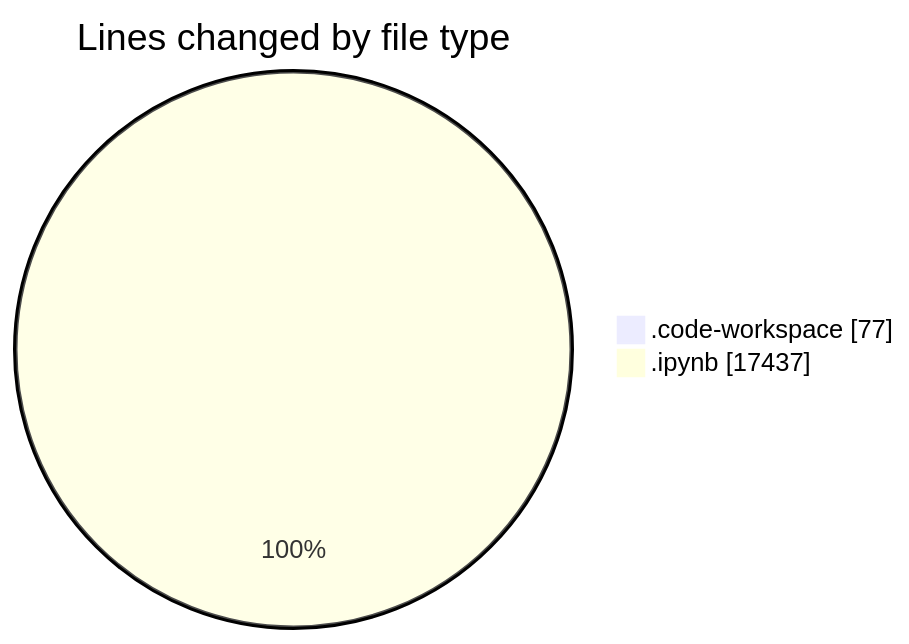
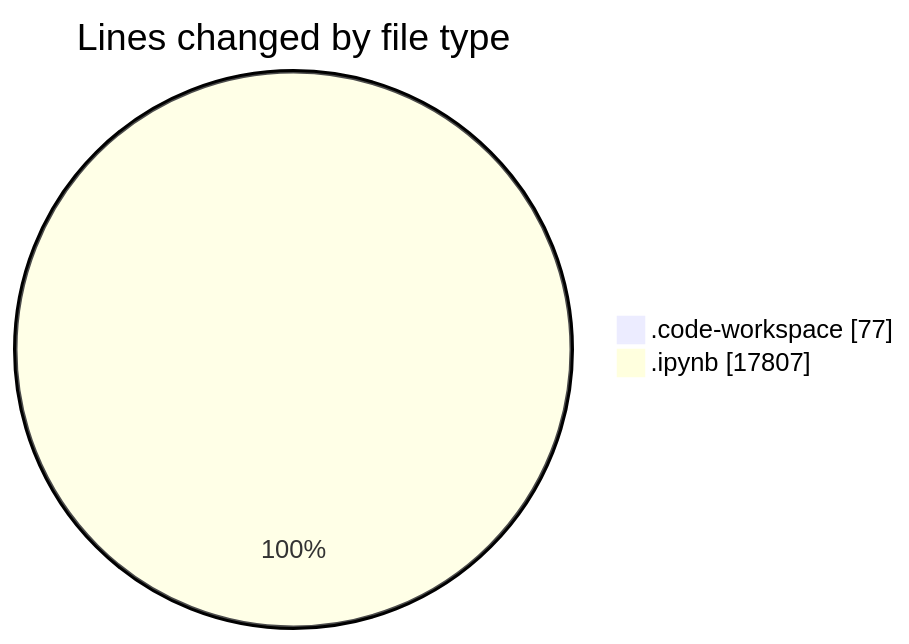
The first of 2 diagrams in 2025-03-14/myws__workspace_/README.md (MatusMokan/code-tracking), drawn with Mermaid before and after one commit. The commit also changed other lines of this file and 1 other file, not shown here.

````diff
--- a/2025-03-14/myws__workspace_/README.md
+++ b/2025-03-14/myws__workspace_/README.md
@@ -21,6 +21,6 @@
 ```mermaid
 pie showData
 title Lines changed by file type
 ".code-workspace" : 77
-".ipynb" : 17437
+".ipynb" : 17807
 ```
````
